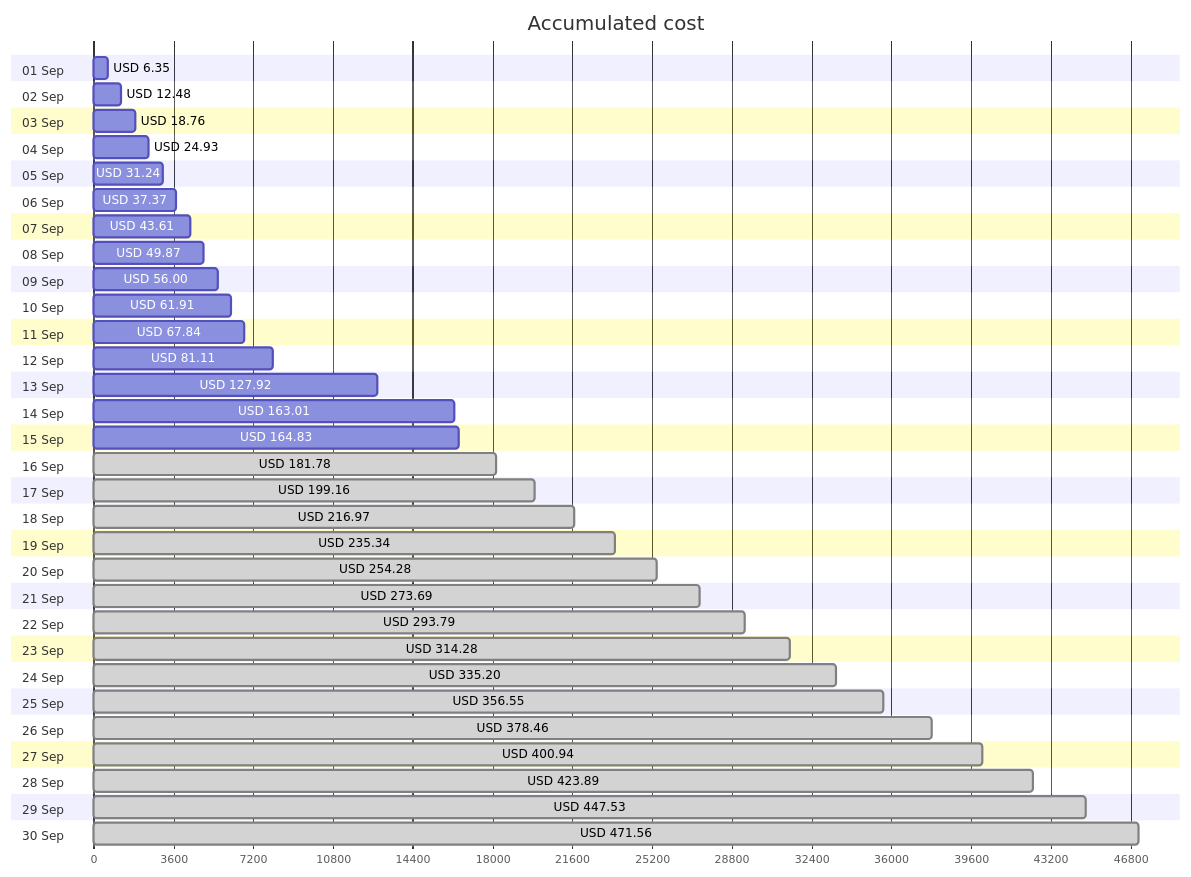
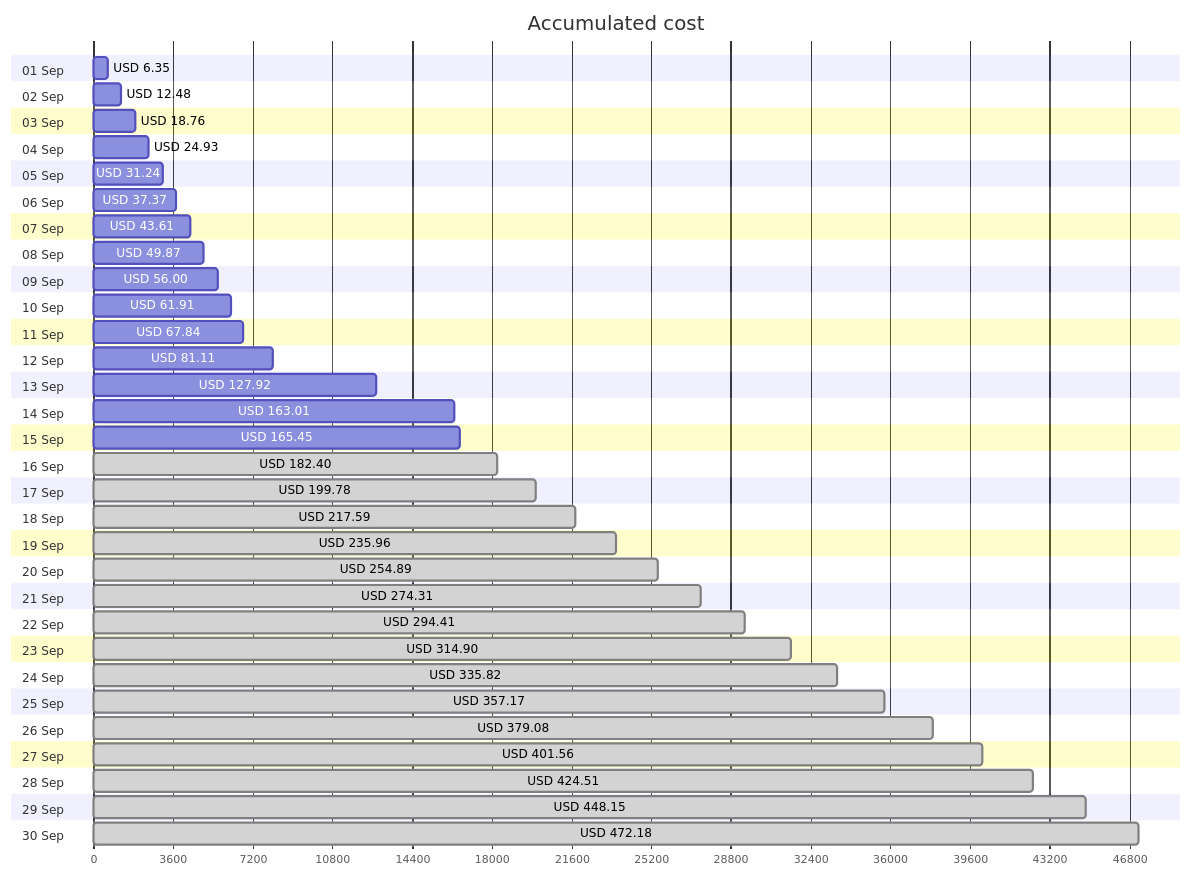
One commit to jpfulton/azure-personal-reports changed the first of 4 diagrams in cost-reports/accumulated-cost.md. Above: the diagram before and after it, drawn with Mermaid. The commit also changed other lines of this file and 3 other files, not shown here.

````diff
--- a/cost-reports/accumulated-cost.md
+++ b/cost-reports/accumulated-cost.md
@@ -20,66 +20,66 @@
 ```mermaid
 gantt
    title Accumulated cost
    dateFormat  X
    axisFormat %s
    section 01 Sep
    USD 6.35 :0, 635
    section 02 Sep
    USD 12.48 :0, 1248
    section 03 Sep
    USD 18.76 :0, 1876
    section 04 Sep
    USD 24.93 :0, 2493
    section 05 Sep
    USD 31.24 :0, 3124
    section 06 Sep
    USD 37.37 :0, 3737
    section 07 Sep
    USD 43.61 :0, 4361
    section 08 Sep
    USD 49.87 :0, 4987
    section 09 Sep
    USD 56.00 :0, 5600
    section 10 Sep
    USD 61.91 :0, 6191
    section 11 Sep
    USD 67.84 :0, 6784
    section 12 Sep
    USD 81.11 :0, 8111
    section 13 Sep
    USD 127.92 :0, 12792
    section 14 Sep
    USD 163.01 :0, 16301
    section 15 Sep
-   USD 164.83 :0, 16483
+   USD 165.45 :0, 16545
    section 16 Sep
-   USD 181.78 : done, 0, 18178
+   USD 182.40 : done, 0, 18240
    section 17 Sep
-   USD 199.16 : done, 0, 19916
+   USD 199.78 : done, 0, 19978
    section 18 Sep
-   USD 216.97 : done, 0, 21697
+   USD 217.59 : done, 0, 21759
    section 19 Sep
-   USD 235.34 : done, 0, 23534
+   USD 235.96 : done, 0, 23596
    section 20 Sep
-   USD 254.28 : done, 0, 25428
+   USD 254.89 : done, 0, 25489
    section 21 Sep
-   USD 273.69 : done, 0, 27369
+   USD 274.31 : done, 0, 27431
    section 22 Sep
-   USD 293.79 : done, 0, 29379
+   USD 294.41 : done, 0, 29441
    section 23 Sep
-   USD 314.28 : done, 0, 31428
+   USD 314.90 : done, 0, 31490
    section 24 Sep
-   USD 335.20 : done, 0, 33520
+   USD 335.82 : done, 0, 33582
    section 25 Sep
-   USD 356.55 : done, 0, 35655
+   USD 357.17 : done, 0, 35717
    section 26 Sep
-   USD 378.46 : done, 0, 37846
+   USD 379.08 : done, 0, 37908
    section 27 Sep
-   USD 400.94 : done, 0, 40094
+   USD 401.56 : done, 0, 40156
    section 28 Sep
-   USD 423.89 : done, 0, 42389
+   USD 424.51 : done, 0, 42451
    section 29 Sep
-   USD 447.53 : done, 0, 44753
+   USD 448.15 : done, 0, 44815
    section 30 Sep
-   USD 471.56 : done, 0, 47156
+   USD 472.18 : done, 0, 47218
 ```
````
